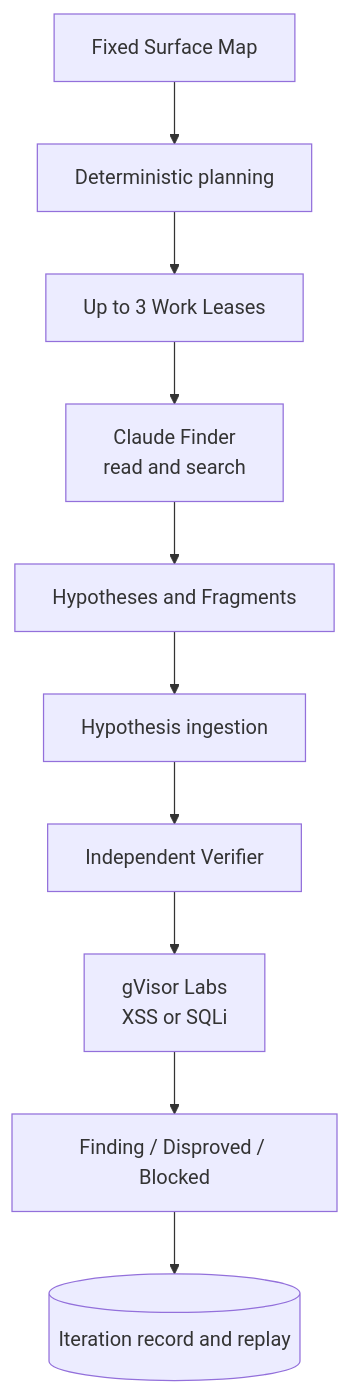
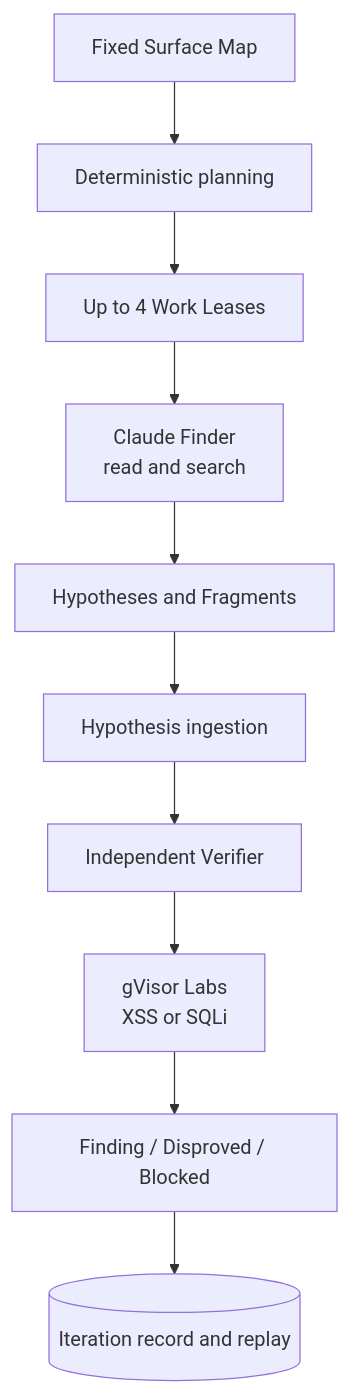
The third of 5 diagrams in docs/CODEBASE-GUIDE.md (momoponwork1415-lgtm/wordpress-harness), drawn with Mermaid before and after one commit. The commit also changed 15 other files, not shown here.

````diff
--- a/docs/CODEBASE-GUIDE.md
+++ b/docs/CODEBASE-GUIDE.md
@@ -62,16 +62,16 @@
 ```mermaid
 flowchart TB
     map["Fixed Surface Map"]
     plan["Deterministic planning"]
-    leases["Up to 3 Work Leases"]
+    leases["Up to 4 Work Leases"]
     finder["Claude Finder<br/>read and search"]
     outputs["Hypotheses and Fragments"]
     ingest["Hypothesis ingestion"]
     verifier["Independent Verifier"]
     labs["gVisor Labs<br/>XSS or SQLi"]
     outcome["Finding / Disproved / Blocked"]
     record[("Iteration record and replay")]
 
     map --> plan --> leases --> finder --> outputs --> ingest
     ingest --> verifier --> labs --> outcome --> record
 ```
````
